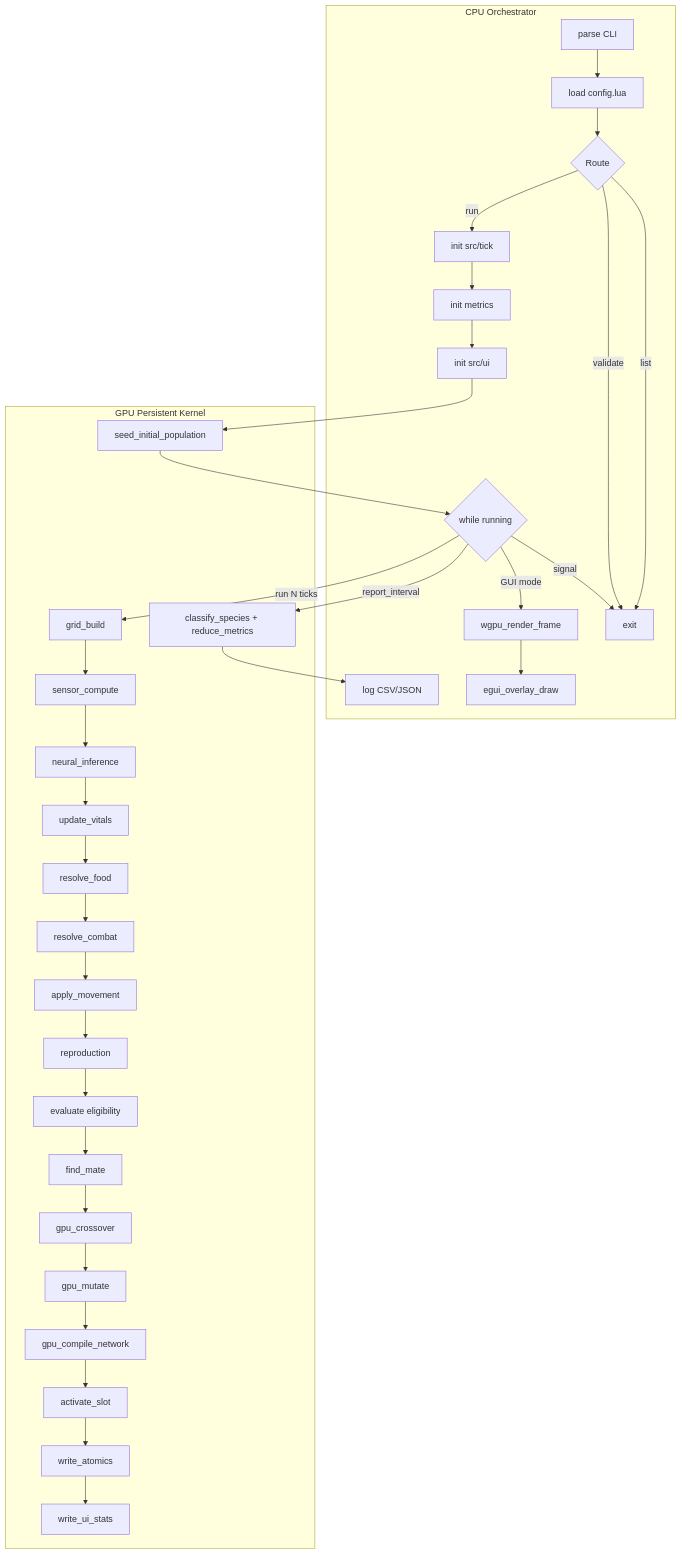
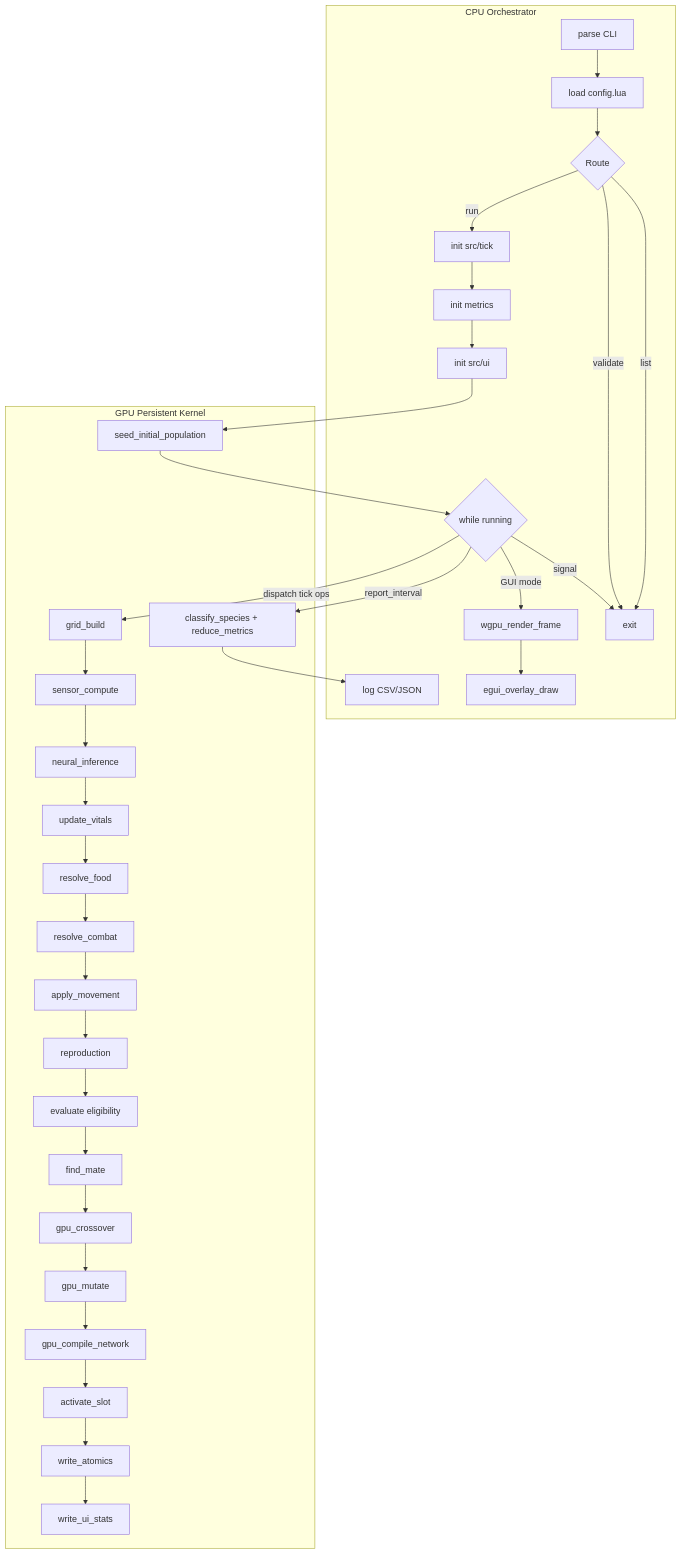
One commit to moon-aii/moonai changed the second of 5 diagrams in docs/internals/architecture.md. Above: the diagram before and after it, drawn with Mermaid. The commit also changed other lines of this file and 4 other files, not shown here.

````diff
--- a/docs/internals/architecture.md
+++ b/docs/internals/architecture.md
@@ -40,51 +40,51 @@
 ```mermaid
 flowchart TD
     subgraph CPU["CPU Orchestrator"]
         CLI[parse CLI]
         LUA[load config.lua]
         ROUTE{Route}
         INIT_SIM[init src/tick]
         INIT_LOG[init metrics]
         INIT_UI[init src/ui]
         TICK_LOOP{while running}
         LOG[log CSV/JSON]
         RENDER[wgpu_render_frame]
         UI[egui_overlay_draw]
         EXIT[exit]
     end
 
     subgraph GPU["GPU Persistent Kernel"]
         SEED[seed_initial_population]
         GRID[grid_build]
         SENSOR[sensor_compute]
         INFERENCE[neural_inference]
         VITALS[update_vitals]
         FOOD[resolve_food]
         COMBAT[resolve_combat]
         MOVE[apply_movement]
         REPRO[reproduction]
         EVAL[evaluate eligibility]
         FIND[find_mate]
         CROSS[gpu_crossover]
         MUT[gpu_mutate]
         COMPILE[gpu_compile_network]
         ACTIVATE[activate_slot]
         ATOMICS[write_atomics]
         UISTATS[write_ui_stats]
         REPORT[classify_species + reduce_metrics]
     end
 
     CLI --> LUA --> ROUTE
     ROUTE -->|list| EXIT
     ROUTE -->|validate| EXIT
     ROUTE -->|run| INIT_SIM
     INIT_SIM --> INIT_LOG --> INIT_UI --> SEED --> TICK_LOOP
-    TICK_LOOP -->|run N ticks| GRID
+    TICK_LOOP -->|dispatch tick ops| GRID
     GRID --> SENSOR --> INFERENCE --> VITALS --> FOOD --> COMBAT --> MOVE
     MOVE --> REPRO
     REPRO --> EVAL --> FIND --> CROSS --> MUT --> COMPILE --> ACTIVATE
     ACTIVATE --> ATOMICS --> UISTATS
     TICK_LOOP -->|report_interval| REPORT --> LOG
     TICK_LOOP -->|GUI mode| RENDER --> UI
     TICK_LOOP -->|signal| EXIT
 ```
````
